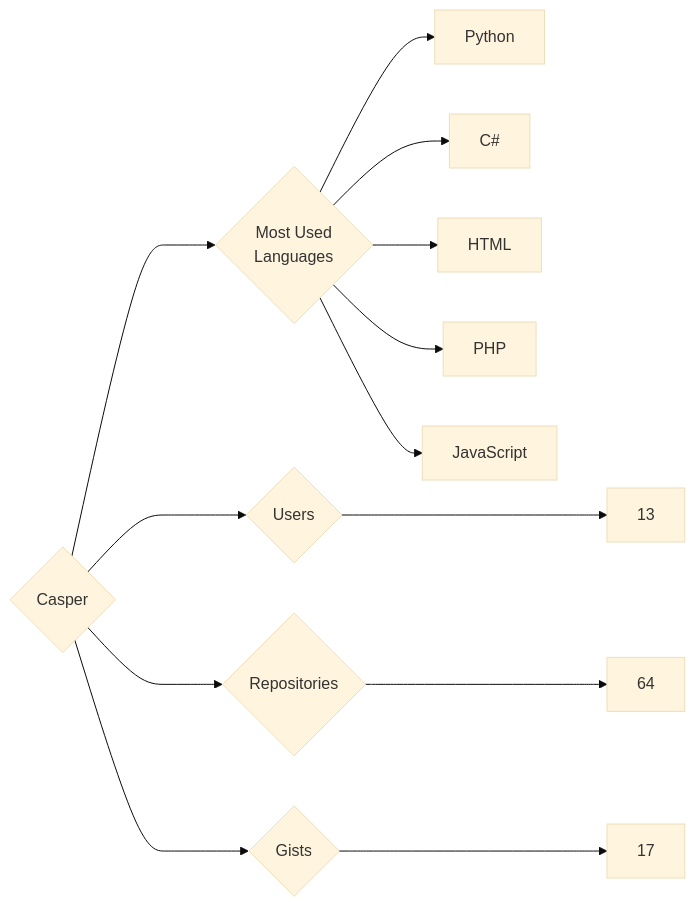
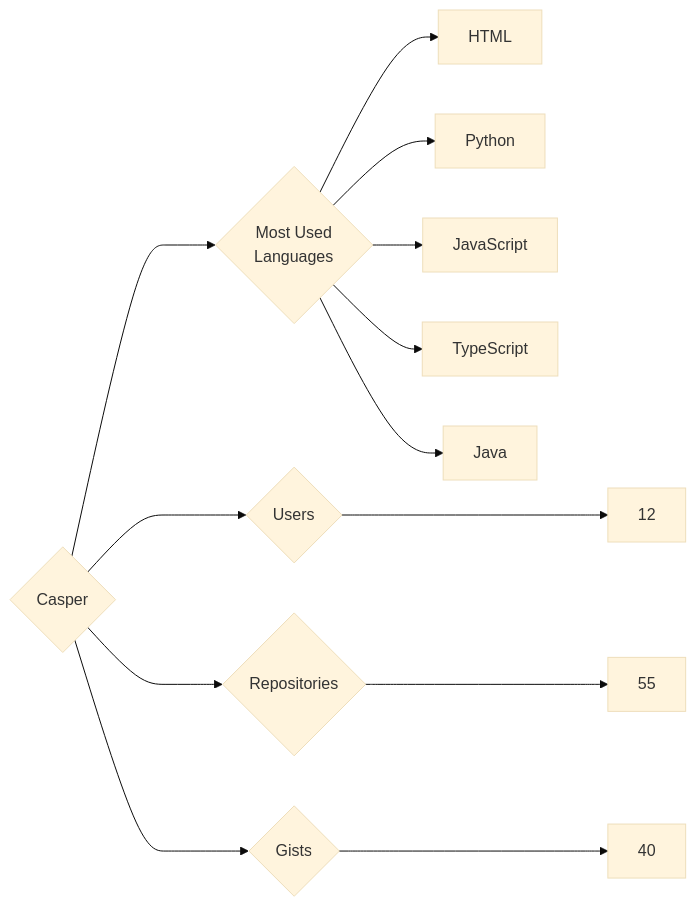
Before and after one commit to trickest/insiders: the diagram in targets/Casper/README.md, drawn with Mermaid (base theme). The commit also changed 837 other files, not shown here.

````diff
--- a/targets/Casper/README.md
+++ b/targets/Casper/README.md
@@ -3,13 +3,13 @@
 ```mermaid
 graph LR
 COMPANY_NAME{Casper}
-COMPANY_NAME ---> U{Users} ---> UN[13]
-COMPANY_NAME ---> R{Repositories} ---> RN[64]
-COMPANY_NAME ---> G{Gists} ---> GN[17]
+COMPANY_NAME ---> U{Users} ---> UN[12]
+COMPANY_NAME ---> R{Repositories} ---> RN[55]
+COMPANY_NAME ---> G{Gists} ---> GN[40]
 COMPANY_NAME ---> ML{Most Used<br>Languages}
+ML --> HTML[HTML]
 ML --> Python[Python]
-ML --> C#[C#]
-ML --> HTML[HTML]
-ML --> PHP[PHP]
 ML --> JavaScript[JavaScript]
+ML --> TypeScript[TypeScript]
+ML --> Java[Java]
 ```
````
